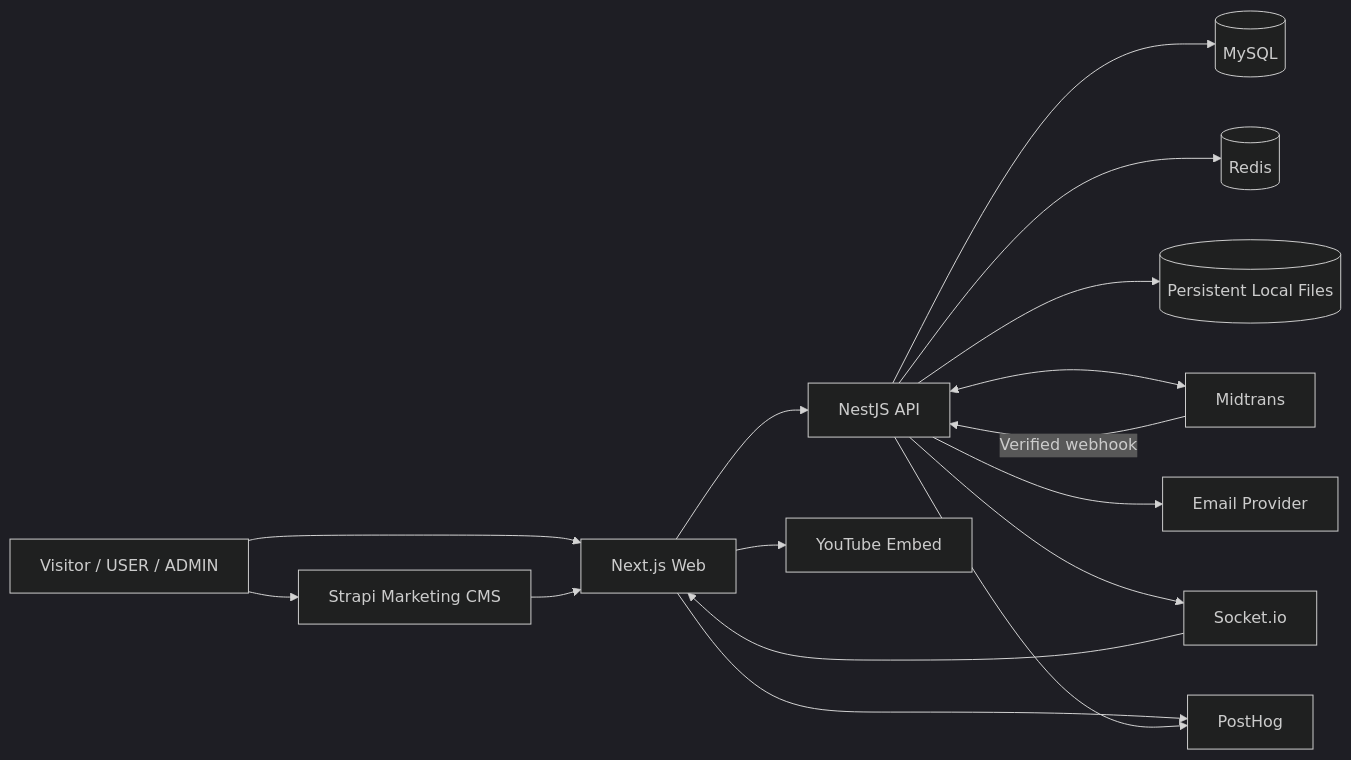
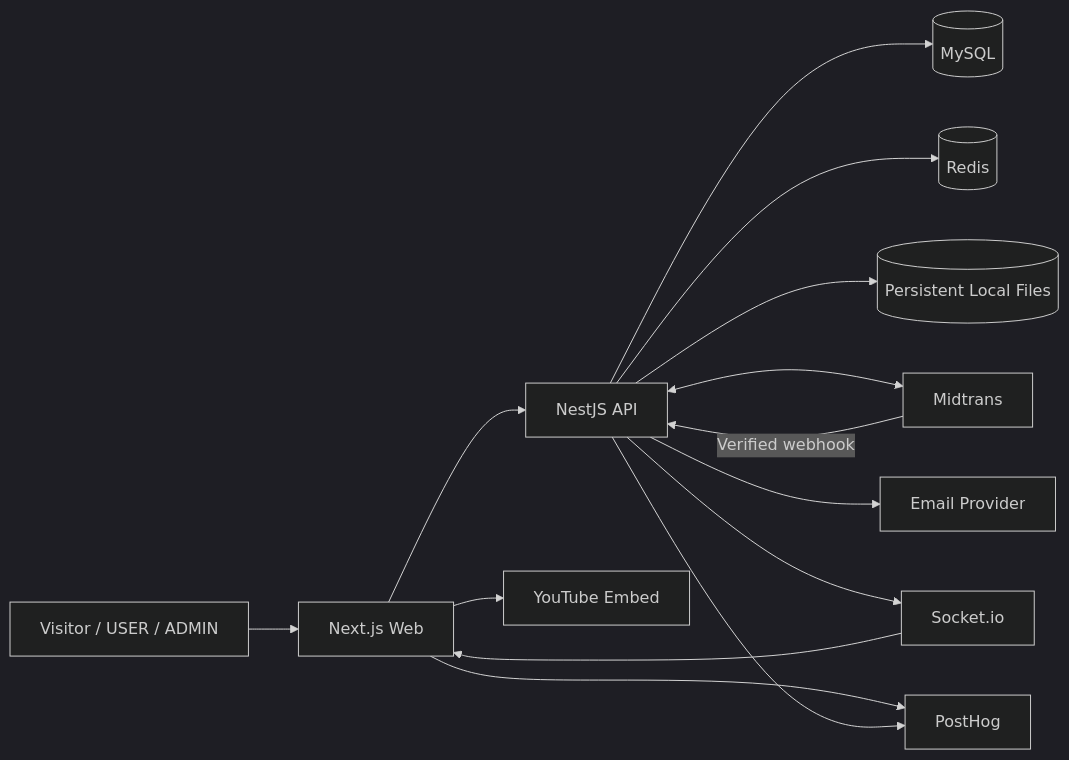
The diagram in docs/architecture/system-architecture.md (Rumahkodingku/rumahkodingku-academy), drawn with Mermaid (dark theme) before and after one commit. The commit also changed other lines of this file and 53 other files, not shown here.

````diff
--- a/docs/architecture/system-architecture.md
+++ b/docs/architecture/system-architecture.md
@@ -9,18 +9,16 @@
 ```mermaid
 flowchart LR
   U[Visitor / USER / ADMIN] --> W[Next.js Web]
-  U --> C[Strapi Marketing CMS]
   W --> A[NestJS API]
   A --> D[(MySQL)]
   A --> R[(Redis)]
   A --> F[(Persistent Local Files)]
   A <--> X[Midtrans]
   X -->|Verified webhook| A
   A --> E[Email Provider]
   A --> S[Socket.io]
   S --> W
   W --> Y[YouTube Embed]
   W --> P[PostHog]
   A --> P
-  C --> W
 ```
````
